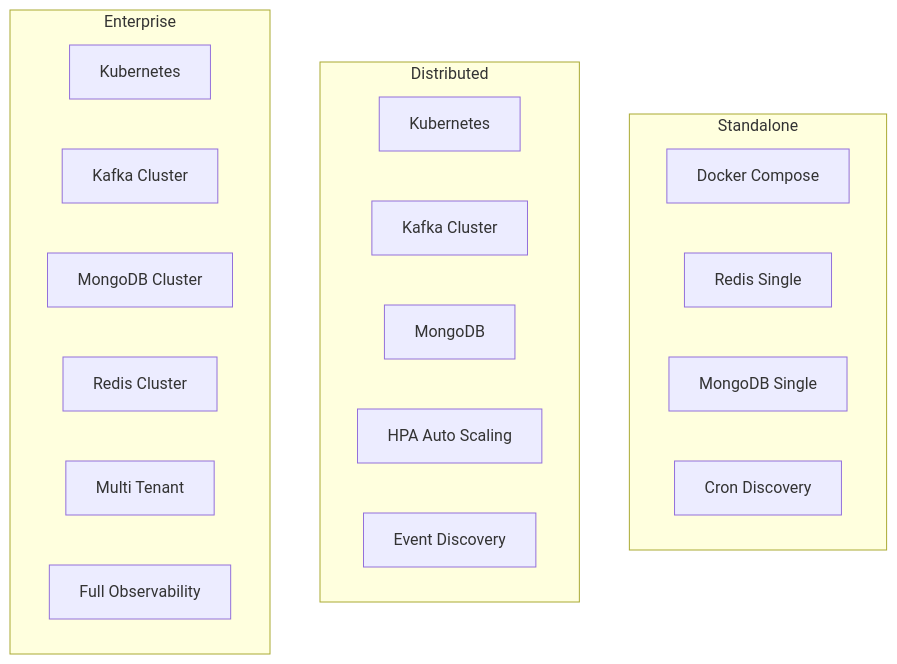
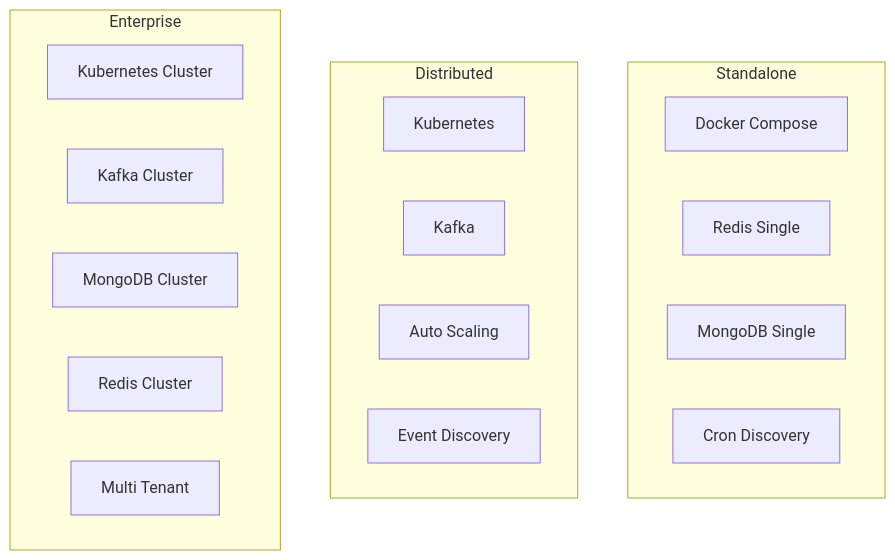
Before and after one commit to jatin-rout/netfleet: the third of 3 diagrams in docs/HLD.md, drawn with Mermaid. The commit also changed other lines of this file, not shown here.

First line of the commit message:
docs: fix mermaid diagrams and complete HLD

````diff
--- a/docs/HLD.md
+++ b/docs/HLD.md
@@ -180,26 +171,24 @@
 ```mermaid
 graph TB
     subgraph Standalone
         DC[Docker Compose]
         RS[Redis Single]
         MS[MongoDB Single]
         CD[Cron Discovery]
     end
 
     subgraph Distributed
         K8S[Kubernetes]
-        KF[Kafka Cluster]
-        MD[MongoDB]
-        HPA[HPA Auto Scaling]
+        KF[Kafka]
+        HPA[Auto Scaling]
         ED[Event Discovery]
     end
 
     subgraph Enterprise
-        K8SE[Kubernetes]
+        K8SE[Kubernetes Cluster]
         KFC[Kafka Cluster]
         MDC[MongoDB Cluster]
         RDC[Redis Cluster]
         MT[Multi Tenant]
-        OB[Full Observability]
     end
 ```
````
